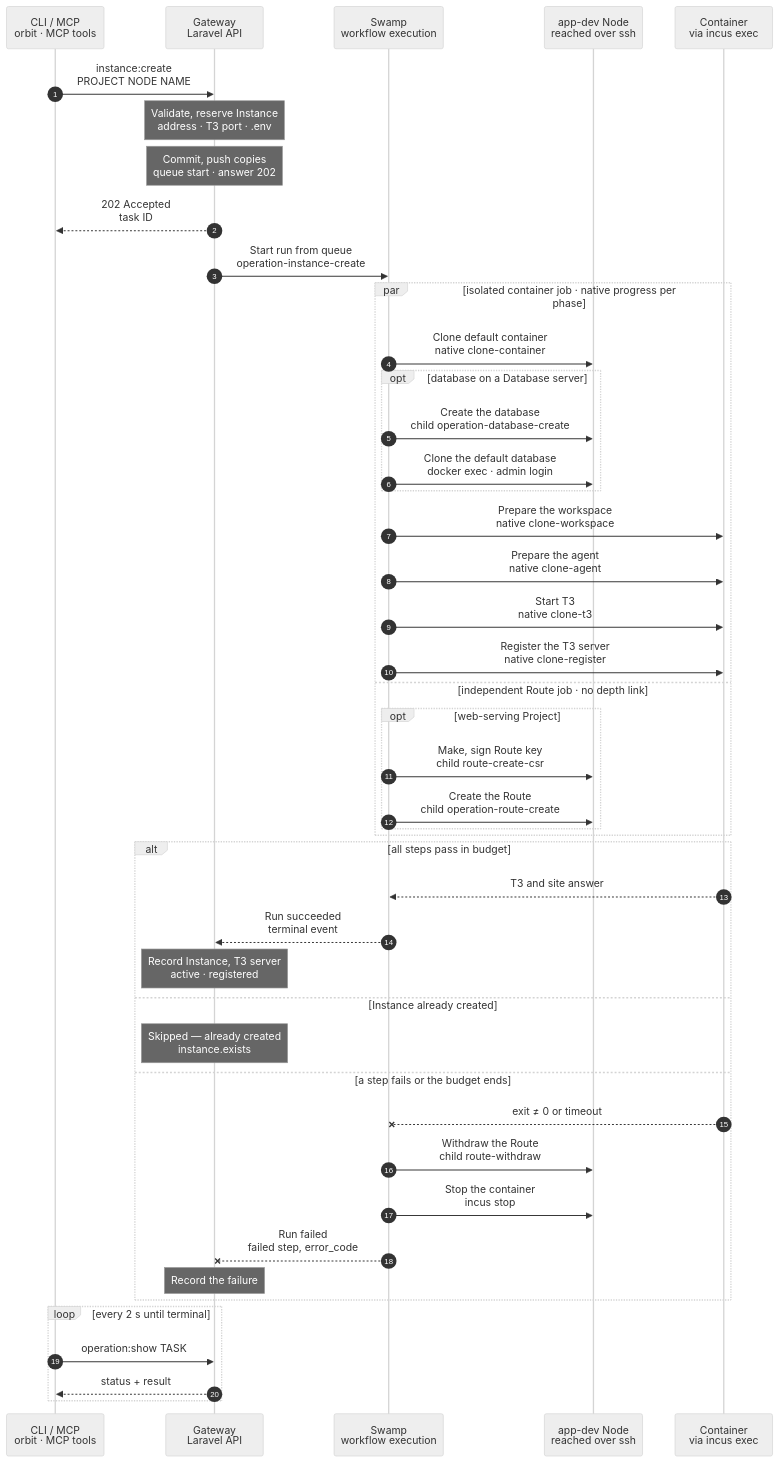
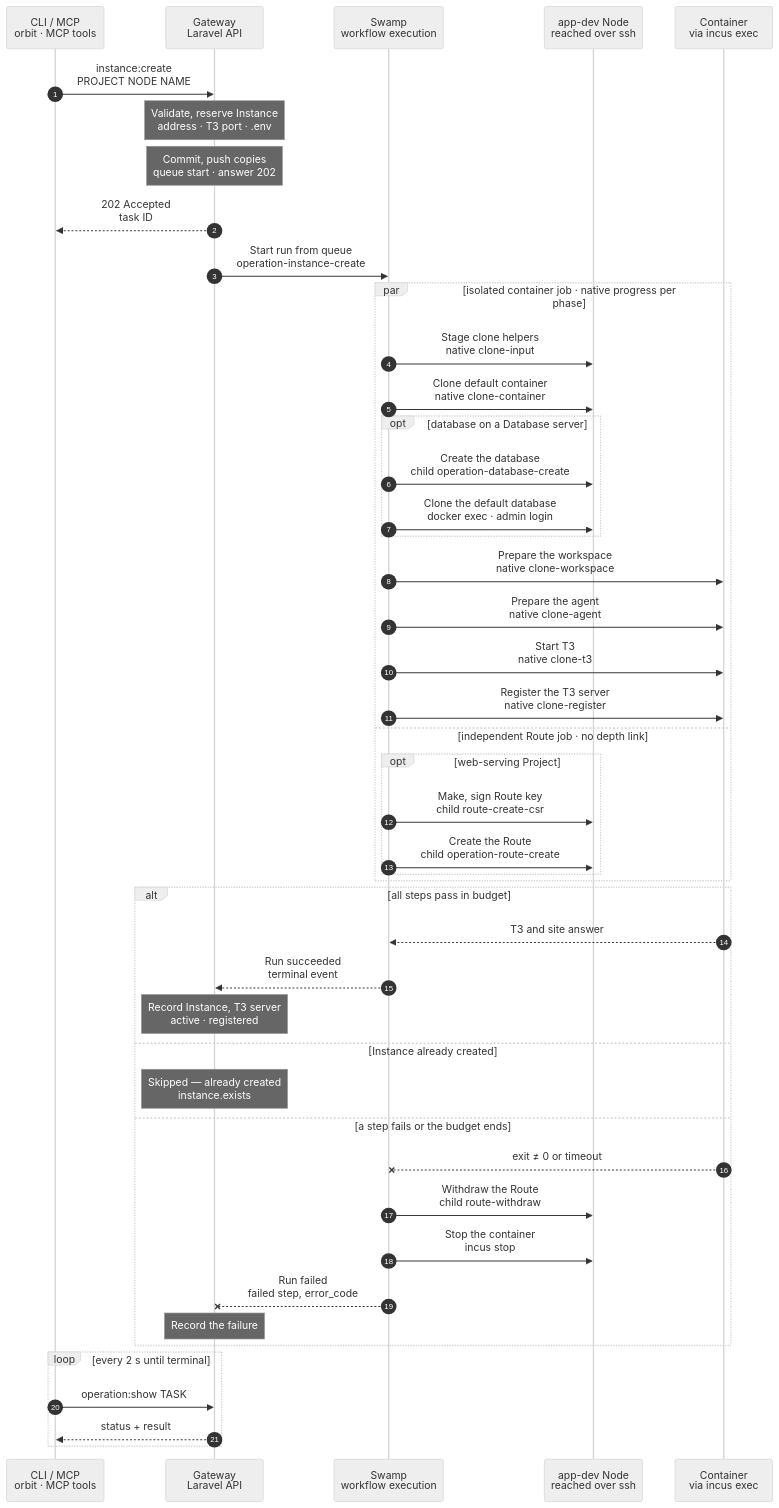
One commit to hardimpactdev/orbit changed the diagram in docs/cli/instance/container/create.mmd. Above: the diagram before and after it, drawn with Mermaid (neutral theme). The commit also changed 9 other files, not shown here.

Commit message:
fix: stage clone helpers outside SSH arguments

```diff
--- a/docs/cli/instance/container/create.mmd
+++ b/docs/cli/instance/container/create.mmd
@@ -1,123 +1,129 @@
 sequenceDiagram
   %% Target design, container runtime (ADR 0250 step 3, docs/reference/development-containers.md#create): every new Instance is a ZFS clone of the Project's default Instance on its Node, with a clone of its database. Built for the Nodes of the build list. The kind and its step names follow docs/cli/instance/create.mmd; the intent's `container.clone` marks a clone. The Project's first default Instance is container/create-default.mmd; when the charts move into place, it becomes the first-default branch of this chart.
   %% status: draft
   %% command: instance:create
   %% kind: instance.create
   autonumber
   %% lane CLI icon=terminal pill=caller tone=gray
   %% lane GW icon=gateway pill=intent tone=blue
   %% lane SW icon=workflow pill=executes tone=green
   %% lane N icon=server pill=target tone=amber
   %% lane C icon=server pill=target tone=purple
   participant CLI as CLI / MCP<br/>orbit · MCP tools
   participant GW as Gateway<br/>Laravel API
   participant SW as Swamp<br/>workflow execution
   participant N as app-dev Node<br/>reached over ssh
   participant C as Container<br/>via incus exec
   CLI->>GW: instance:create<br/>PROJECT NODE NAME
   %%> Command:
   %%> - `orbit instance:create PROJECT NODE NAME`
   %%> - syntax: `<project> <node> <name> [--root=PATH] [--domain=HOST] [--branch=BRANCH] [--database-server=SLUG]`
   Note over GW: Validate, reserve Instance<br/>address · T3 port · .env
   %%> Requirements:
   %%> - the calling Node has node access to the target Node, an active `app-dev` Node
   %%> - the Project's `default` Instance runs in a container on this Node, is active and has a seed snapshot, else `instance.default_missing`
   %%> - Conn is enabled, and the model router has its guard, else `operation.kind_unavailable`
   %%> - a database on a Database server clones on the default's server; another server refuses `instance.database_clone_unsupported`
   %%> Result:
   %%> - the Instance is reserved with its runtime record: container name, bridge address, the lowest free T3 port from 3800 and the default as clone source
   %%> - `.env` is rendered from the Project's env template; it, the placeholder model key and a repository read token go to the vault
   %%> - the clone workspace reads one private JSON vault value with `.env` and the Process environment files; SSH stdin takes the whole value
   %%> - a task is recorded with the full intent and `container.clone`
   Note over GW: Commit, push copies<br/>queue start · answer 202
   GW-->>CLI: 202 Accepted<br/>task ID
   GW->>SW: Start run from queue<br/>operation-instance-create
   par isolated container job · native progress per phase
+    SW->>N: Stage clone helpers<br/>native clone-input
+    %%> What it does:
+    %%> - stages the release's helpers and intent from stdin in a private folder for this run; later phases run its launcher by path
+    %%> - scripts and intent never fill the SSH command; the next phase keeps the repository credential on its own stdin
     SW->>N: Clone default container<br/>native clone-container
     %%> What it does:
     %%> - the copy supplies the full root disk device (type, path, pool and size), whether the seed inherits it or stores it locally
     %%> - `incus copy` of the default container's snapshot `seed-<commit>`, a ZFS clone; a stopped default needs no start
     %%> - the copy gets its own bridge address and ACL, and the proxy device `t3`: NAT from the Node's WireGuard address and the T3 port to T3's port 3773
     %%> - the container's ACL lets the Node's Caddy reach port 8080, WireGuard peers reach port 3773, and the container reach its database server's port
     %%> - UFW: a route rule admits WireGuard peers to T3, below a deny for the task VM range; a rule admits the container to its database server's port
     %%> - starts the copy: nftables, `hidepid` and the image's units start; T3 does not, because `/etc/orbit/instance` does not exist yet
     %%> Mail:
     %%> - the same launch applies the exact SMTP path before the four root-owned mail units; no separate mail playbook or step
     %%> - two IPv4 loopback sockets forward 1025 and 2525; foreign units or listeners skip setup without stopping their Process
     %%> On mail failure:
     %%> - keep a mail warning and continue workspace, T3 and registration; mail:update remains the repair command
     %%> Branch:
     %%> - fetches the Instance's branch into the Node's mirror with the read token, or creates it at the seed commit; the token stays on the Node
     opt database on a Database server
       SW->>N: Create the database<br/>child operation-database-create
       %%> What it does, through the database family:
       %%> - creates the Instance's owner and an empty database on the default's server
       SW->>N: Clone the default database<br/>docker exec · admin login
       %%> What it does:
       %%> - PostgreSQL: refuses new connections to the default database and ends its sessions, then `CREATE DATABASE … TEMPLATE`, and gives the clone's objects to the new owner
       %%> - a cleanup that always runs allows connections to the default database again
       %%> - MySQL: a dump of the default database restored into the new one
       %%> Runs beside the clone step: Swamp starts both at once.
     end
     SW->>C: Prepare the workspace<br/>native clone-workspace
     %%> What it does:
     %%> - pushes the branch in as a bundle and checks it out in `/srv/workspace`; the group, setgid bits and default ACLs come with the clone
     %%> - writes `.env` for `orbit` with group `work`; it keeps the default's `APP_KEY`, because the cloned data is encrypted with it
     %%> - before Process start, prepares and fetches Node as orbit in this same phase; an inherited private recipe is kept, an old store is converted once even without Processes, so a later Node consumer can install its pin
     %%> No setup steps:
     %%> - the default Instance installed the dependencies and migrated; a later lockfile change is installed in the workspace
     SW->>C: Prepare the agent<br/>native clone-agent
     %%> What it does:
     %%> - writes the placeholder key for `agent`, and the Claude Code and Codex settings that point at the model forwarder
     %%> - links `~/.claude/CLAUDE.md` and `~/.codex/AGENTS.md` of `agent` to the note of the Project type
     %%> - writes `/etc/orbit/instance`, owned by root and readable by all
     %%> What it does:
     %%> - writes the shared FrankenPHP Caddyfile and unit, then restarts it as `orbit`; only the Node's bridge peer with `X-Forwarded-Proto: https` sets PHP's HTTPS scheme, port and resolved client IP
   %%> - starts use nonblocking systemd jobs, then a bounded readiness check for each running unit; container Process units order after `network.target`
     SW->>C: Start T3<br/>native clone-t3
     %%> What it does:
     %%> - T3 starts for the first time and creates its identity; the T3 project `/srv/workspace` is added as `agent`
     %%> Check:
     %%> - waits up to 30 s for `/.well-known/t3/environment`, else `instance.t3_unready`
     SW->>C: Register the T3 server<br/>native clone-register
     %%> What it does:
     %%> - see container/t3-register.mmd: the sessions go to the vault, and the step checks the environment id and scopes
     %%> - an inactive required unit refuses with `instance.container_process_inactive`; copy its structured public refusal even when sessions failed, skip registration, and retain the unit states in the Operation
   and independent Route job · no depth link
     opt web-serving Project
       SW->>N: Make, sign Route key<br/>child route-create-csr
       SW->>N: Create the Route<br/>child operation-route-create
       %%> What it adds:
       %%> - the same steps as `route:create`, with the signed certificate, then a TLS handshake check; no HTTP request waits for app startup
       %%> - the Node's Caddy proxies the Route to FrankenPHP at the container's bridge address
       %%> - the Route job waits only for its CSR; a separate job prevents depth scheduling from delaying the container phases
       %%> - the prepared Route skips workspace ACL and environment writes; the container job owns those
     end
   end
   alt all steps pass in budget
     C-->>SW: T3 and site answer
     SW-->>GW: Run succeeded<br/>terminal event
     Note over GW: Record Instance, T3 server<br/>active · registered
     %%> Result:
     %%> - the Instance, its runtime and its Route become active; the runtime records the default Instance it came from
     %%> - the Conn layer records the T3 server from the result; its Node is the container's Node and it names the Instance
     %%> - the receipt includes when T3 answered, its sessions passed, and the Route TLS probes passed
   else Instance already created
     Note over GW: Skipped — already created<br/>instance.exists
   else a step fails or the budget ends
     C--xSW: exit ≠ 0 or timeout
     SW->>N: Withdraw the Route<br/>child route-withdraw
     %%> When:
     %%> - only when the run published it
     SW->>N: Stop the container<br/>incus stop
     %%> What stays:
     %%> - the stopped container, its database and its runtime record, marked failed; `instance:destroy` removes them
+    %%> Cleanup:
+    %%> - remove the private clone folder after success or failure, even if staging or the first launch failed
     SW--xGW: Run failed<br/>failed step, error_code
     Note over GW: Record the failure
     %%> Retry:
     %%> - run the same command again; it resumes on the same container and database
   end
   loop every 2 s until terminal
     CLI->>GW: operation:show TASK
     GW-->>CLI: status + result
   end
```
